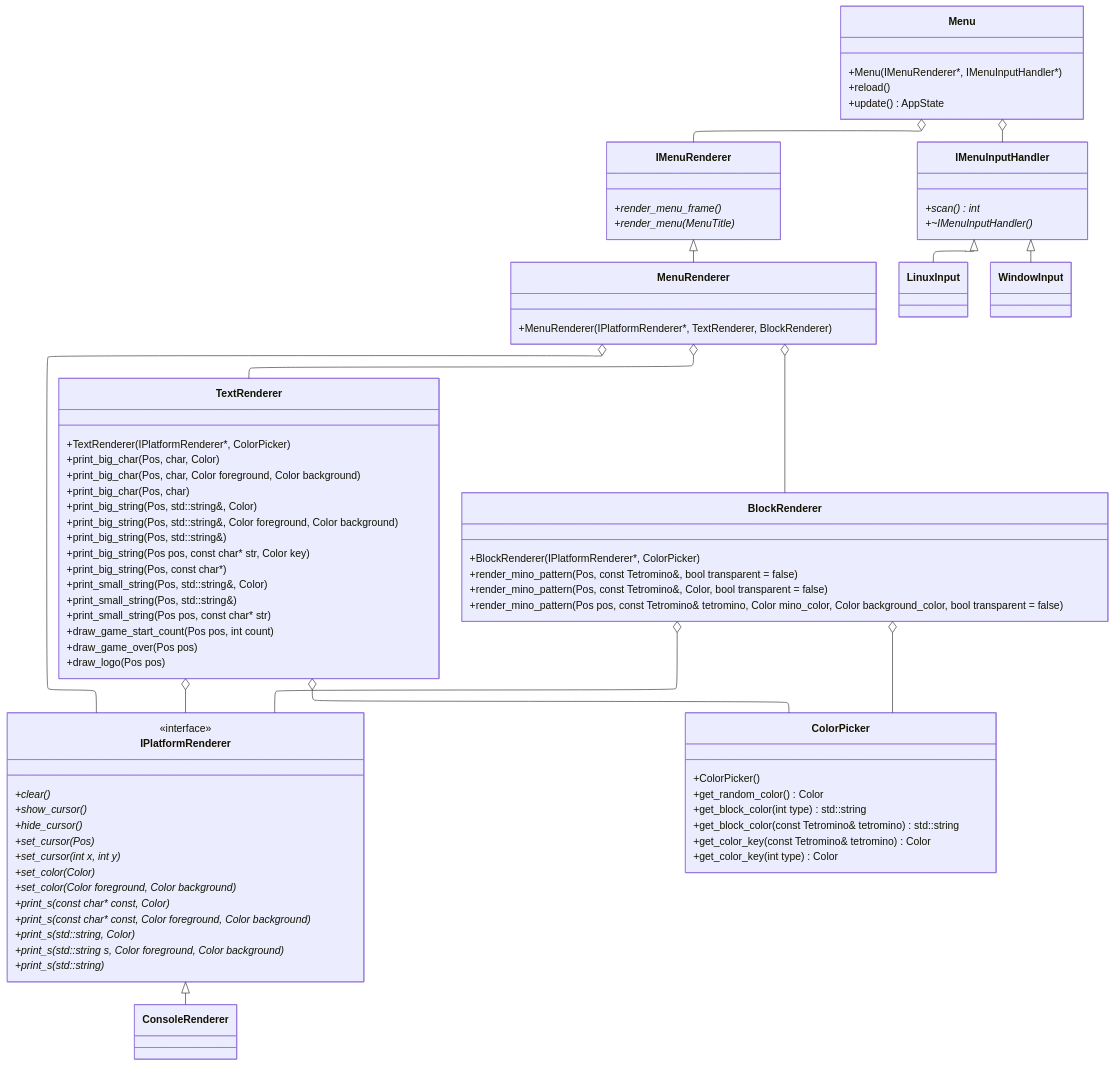
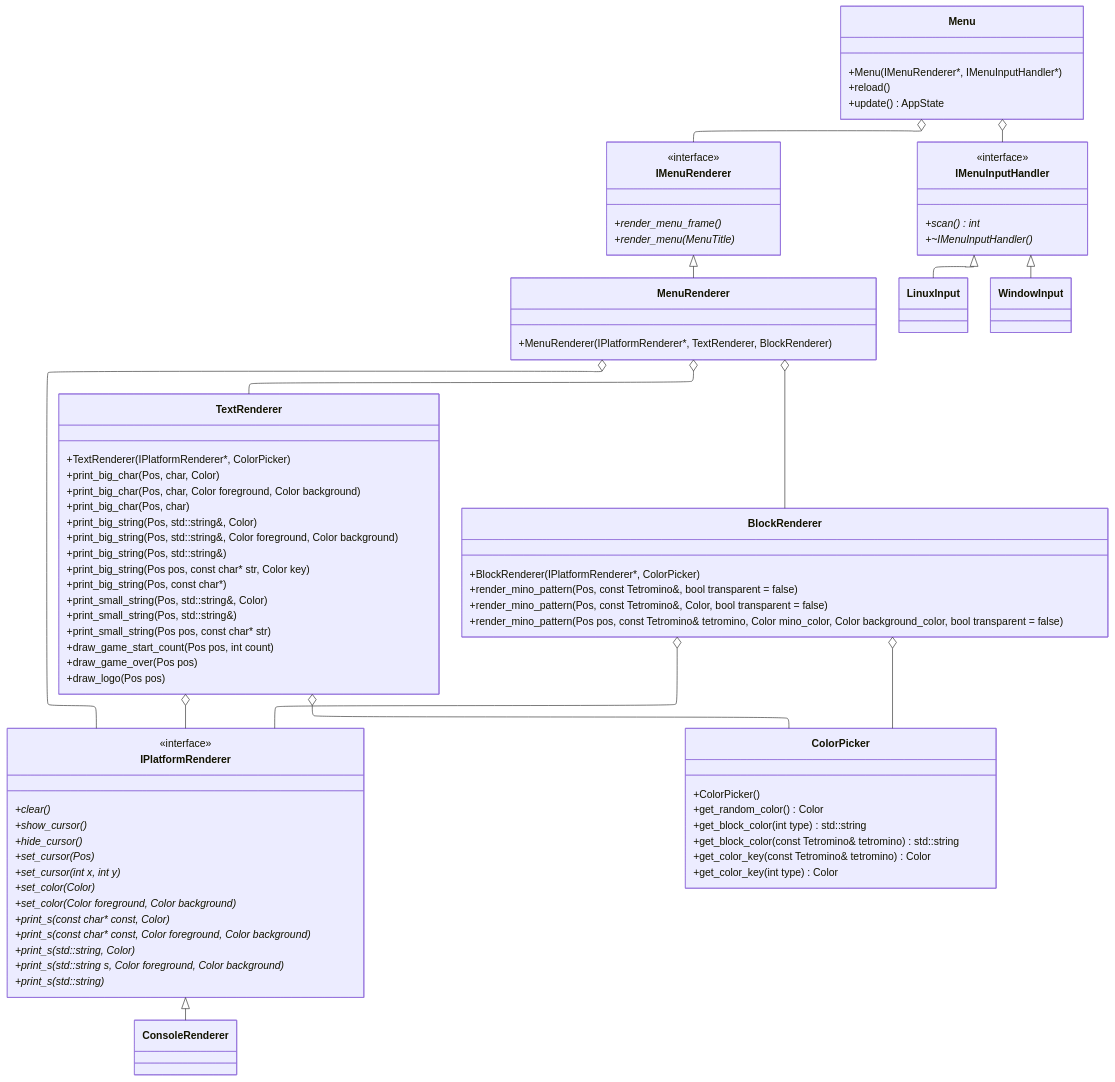
One commit to ggstone0523/tetrisDocs changed the diagram in 클래스 다이어그램/메뉴/메뉴 스크립트.mmd. Above: the diagram before and after it, drawn with Mermaid. The commit also changed 1 other file, not shown here.

Commit message:
[Docs] Fix interface has not <<interface>>

```diff
--- a/클래스 다이어그램/메뉴/메뉴 스크립트.mmd
+++ b/클래스 다이어그램/메뉴/메뉴 스크립트.mmd
@@ -1,100 +1,102 @@
 ---
 config:
   layout: elk
 ---
 classDiagram
 direction TB
     class Menu {
         +Menu(IMenuRenderer*, IMenuInputHandler*)
         +reload()
         +update() AppState
     }
 
     class IMenuRenderer {
         +render_menu_frame()*
         +render_menu(MenuTitle)*
     }
 
     class IMenuInputHandler {
         +scan() int*
         +~IMenuInputHandler()*
     }
 
     class MenuRenderer {
         +MenuRenderer(IPlatformRenderer*, TextRenderer, BlockRenderer)
     }
 
     class IPlatformRenderer {
         +clear()*
         +show_cursor()*
         +hide_cursor()*
         +set_cursor(Pos)*
         +set_cursor(int x, int y)*
         +set_color(Color)*
         +set_color(Color foreground, Color background)*
         +print_s(const char* const, Color)*
         +print_s(const char* const, Color foreground, Color background)*
         +print_s(std::string, Color)*
         +print_s(std::string s, Color foreground, Color background)*
         +print_s(std::string)*
     }
 
     class TextRenderer {
         +TextRenderer(IPlatformRenderer*, ColorPicker)
         +print_big_char(Pos, char, Color)
         +print_big_char(Pos, char, Color foreground, Color background)
         +print_big_char(Pos, char)
         +print_big_string(Pos, std::string&, Color)
         +print_big_string(Pos, std::string&, Color foreground, Color background)
         +print_big_string(Pos, std::string&)
         +print_big_string(Pos pos, const char* str, Color key)
         +print_big_string(Pos, const char*)
         +print_small_string(Pos, std::string&, Color)
         +print_small_string(Pos, std::string&)
         +print_small_string(Pos pos, const char* str)
         +draw_game_start_count(Pos pos, int count)
         +draw_game_over(Pos pos)
         +draw_logo(Pos pos)
     }
 
     class BlockRenderer {
         +BlockRenderer(IPlatformRenderer*, ColorPicker)
         +render_mino_pattern(Pos, const Tetromino&, bool transparent = false)
         +render_mino_pattern(Pos, const Tetromino&, Color, bool transparent = false)
         +render_mino_pattern(Pos pos, const Tetromino& tetromino, Color mino_color, Color background_color, bool transparent = false)   
     }
 
     class ColorPicker {
         +ColorPicker()
         +get_random_color() Color
         +get_block_color(int type) std::string
         +get_block_color(const Tetromino& tetromino) std::string
         +get_color_key(const Tetromino& tetromino) Color
         +get_color_key(int type) Color
     }
 
     class ConsoleRenderer {
         
     }
 
+    <<interface>> IMenuInputHandler
+    <<interface>> IMenuRenderer
     <<interface>> IPlatformRenderer
 
     Menu o-- IMenuRenderer
     Menu o-- IMenuInputHandler
 
     IMenuInputHandler <|-- LinuxInput
     IMenuInputHandler <|-- WindowInput 
 
     IMenuRenderer <|-- MenuRenderer
 
     IPlatformRenderer <|-- ConsoleRenderer 
 
     MenuRenderer o-- IPlatformRenderer
     MenuRenderer o-- TextRenderer
     MenuRenderer o-- BlockRenderer
 
     BlockRenderer o-- IPlatformRenderer
     BlockRenderer o-- ColorPicker
 
     TextRenderer o-- IPlatformRenderer
     TextRenderer o-- ColorPicker
```
